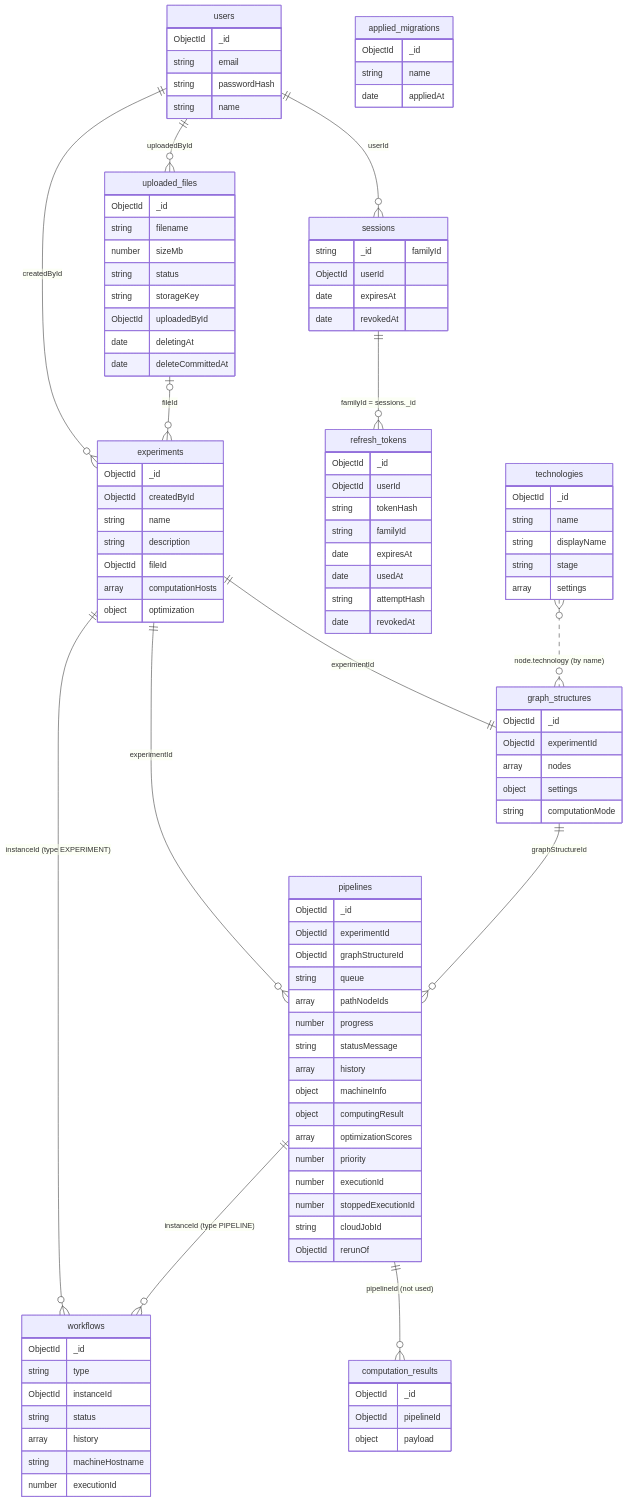
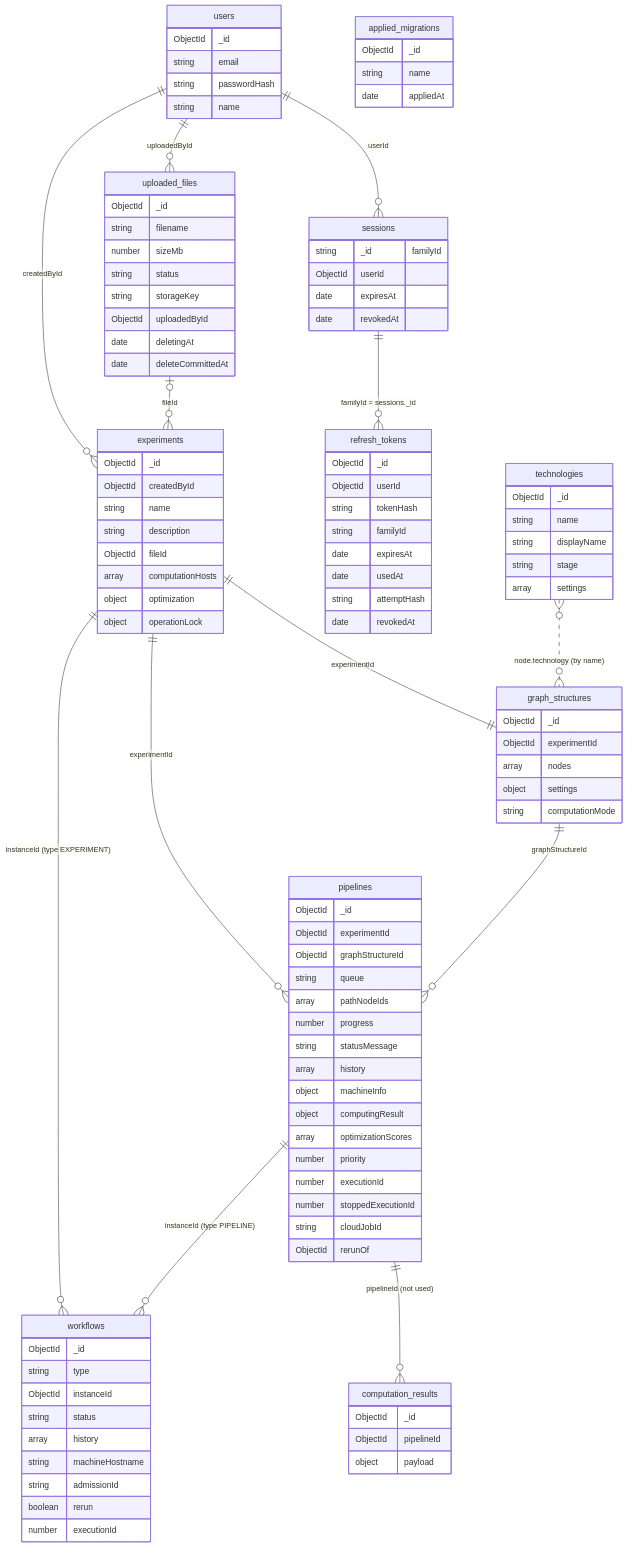
One commit to tntu-stefanyshyn/classification-pipeline changed the diagram in docs/architecture/data-model.md. Above: the diagram before and after it, drawn with Mermaid. The commit also changed other lines of this file and 34 other files, not shown here.

```diff
--- a/docs/architecture/data-model.md
+++ b/docs/architecture/data-model.md
@@ -52,6 +52,7 @@
         ObjectId fileId
         array computationHosts
         object optimization
+        object operationLock
     }
     graph_structures {
         ObjectId _id
@@ -85,6 +86,8 @@
         string status
         array history
         string machineHostname
+        string admissionId
+        boolean rerun
         number executionId
     }
     uploaded_files {
```
